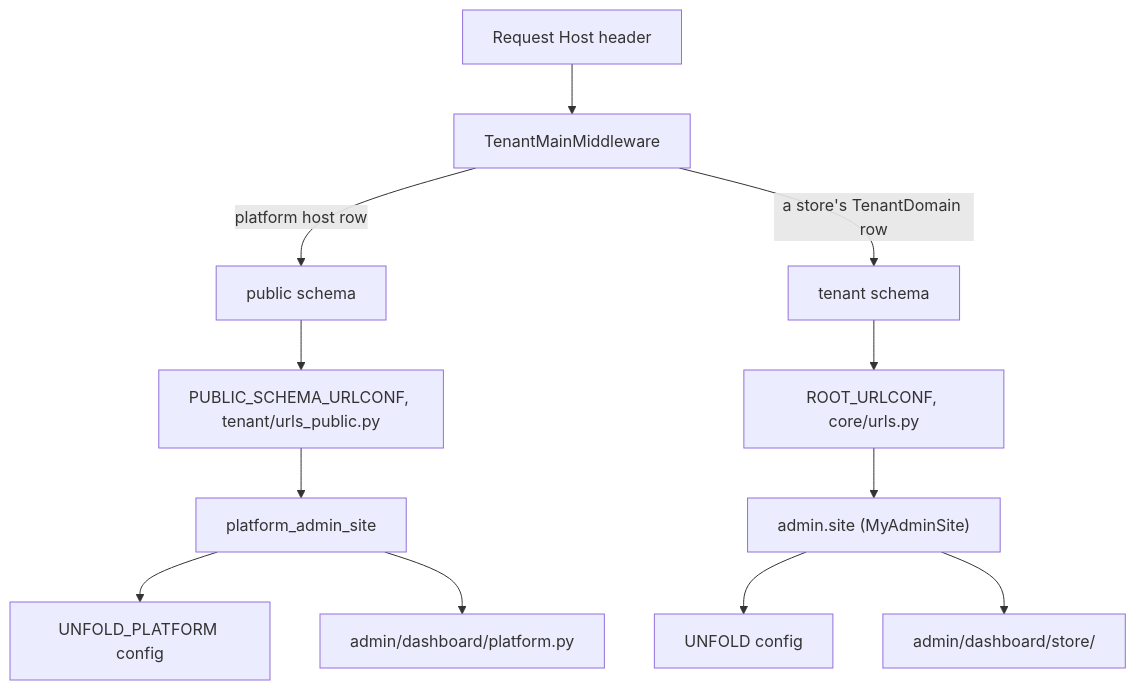
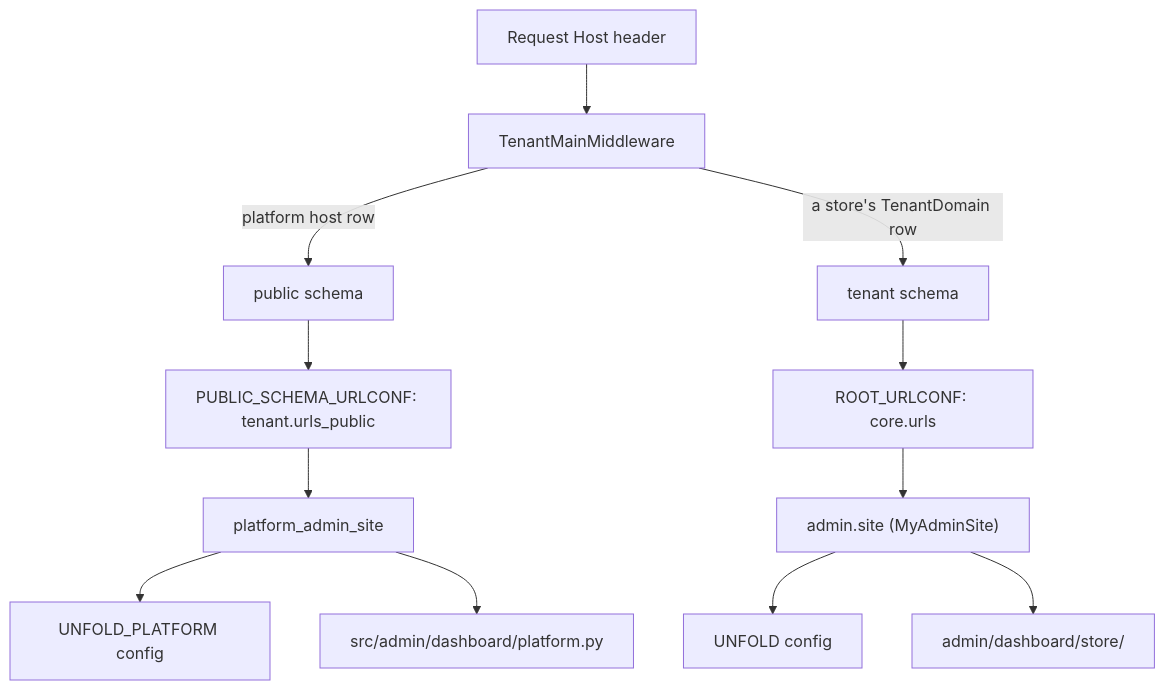
The diagram in src/dev/operator/index.md (vasilistotskas/grooveshop-docs), drawn with Mermaid before and after one commit. The commit also changed other lines of this file and 54 other files, not shown here.

````diff
--- a/src/dev/operator/index.md
+++ b/src/dev/operator/index.md
@@ -23,14 +23,14 @@
 ```mermaid
 flowchart TD
   H["Request Host header"] --> TMM["TenantMainMiddleware"]
   TMM -- "platform host row" --> PUB["public schema"]
   TMM -- "a store's TenantDomain row" --> TEN["tenant schema"]
-  PUB --> PUC["PUBLIC_SCHEMA_URLCONF, tenant/urls_public.py"]
-  TEN --> RUC["ROOT_URLCONF, core/urls.py"]
+  PUB --> PUC["PUBLIC_SCHEMA_URLCONF: tenant.urls_public"]
+  TEN --> RUC["ROOT_URLCONF: core.urls"]
   PUC --> PSITE["platform_admin_site"]
   RUC --> SSITE["admin.site (MyAdminSite)"]
   PSITE --> UP["UNFOLD_PLATFORM config"]
   SSITE --> UF["UNFOLD config"]
-  PSITE --> PDASH["admin/dashboard/platform.py"]
+  PSITE --> PDASH["src/admin/dashboard/platform.py"]
   SSITE --> SDASH["admin/dashboard/store/"]
 ```
````
